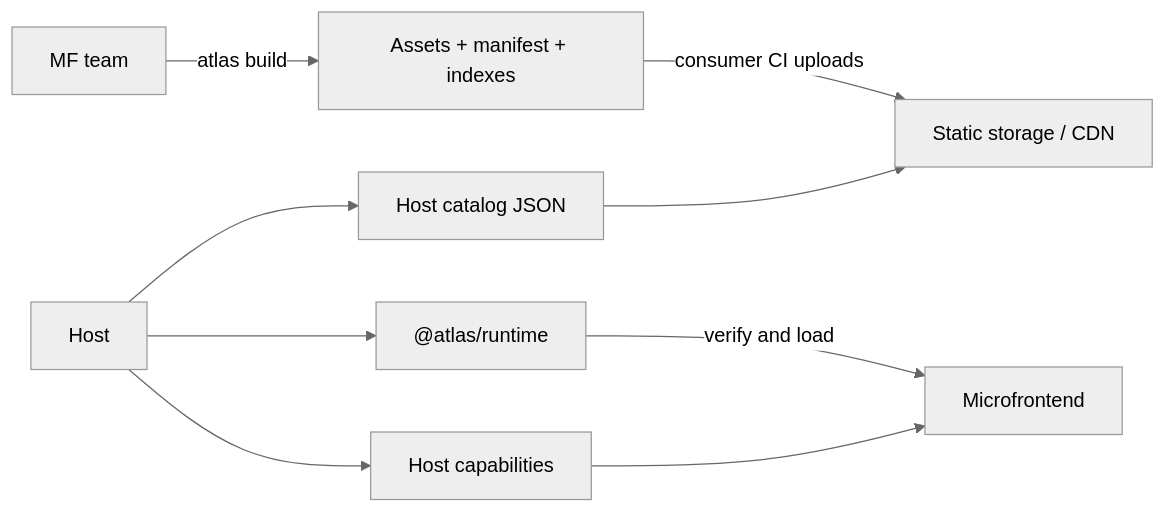
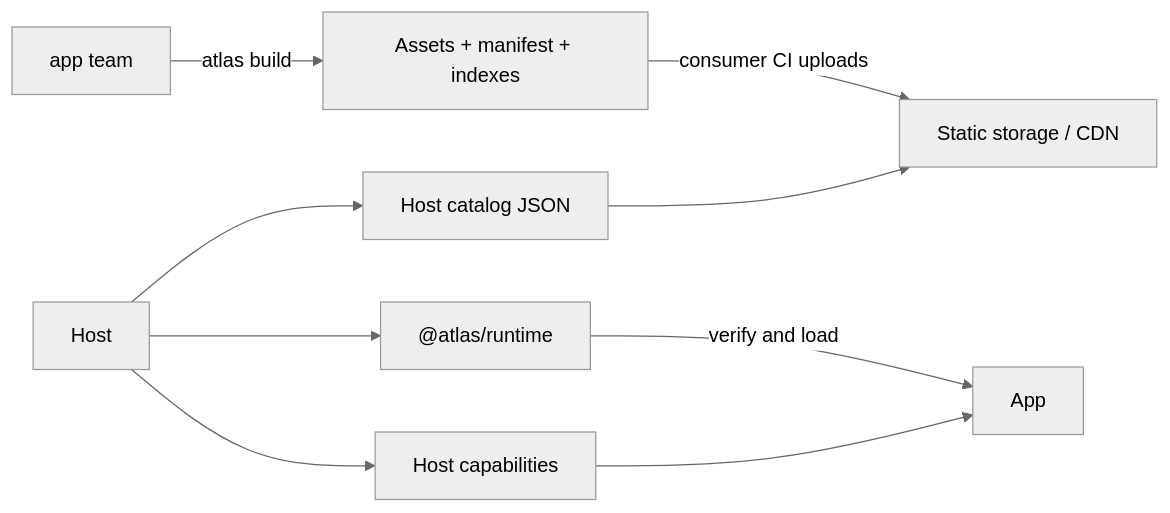
The diagram in README.md (bendaj11/atlas), drawn with Mermaid (neutral theme) before and after one commit. The commit also changed other lines of this file and 143 other files, not shown here.

````diff
--- a/README.md
+++ b/README.md
@@ -58,11 +58,11 @@
 ```mermaid
 flowchart LR
-  Team["MF team"] -->|"atlas build"| Output["Assets + manifest + indexes"]
+  Team["app team"] -->|"atlas build"| Output["Assets + manifest + indexes"]
   Output -->|"consumer CI uploads"| CDN["Static storage / CDN"]
   Host["Host"] --> Catalog["Host catalog JSON"]
   Catalog --> CDN
   Host --> Runtime["@atlas/runtime"]
-  Runtime -->|"verify and load"| MF["Microfrontend"]
+  Runtime -->|"verify and load"| app["App"]
   Host --> SDK["Host capabilities"]
-  SDK --> MF
+  SDK --> app
 ```
````
